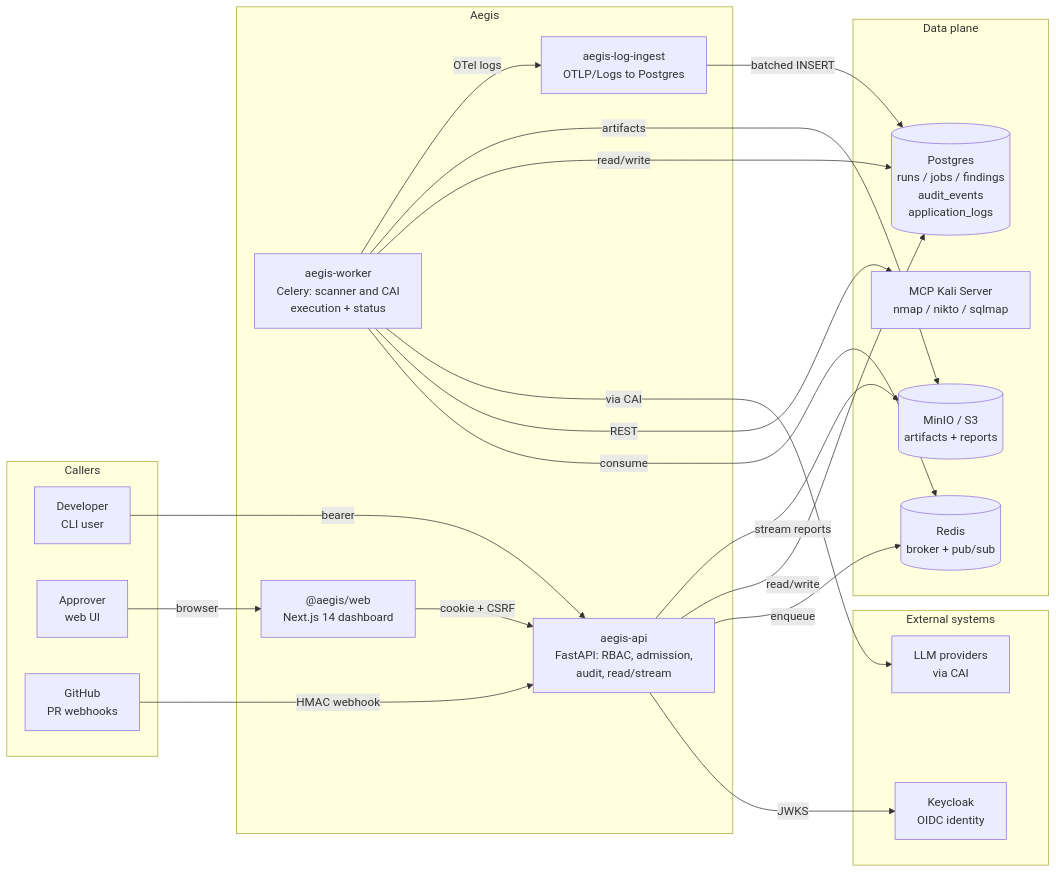
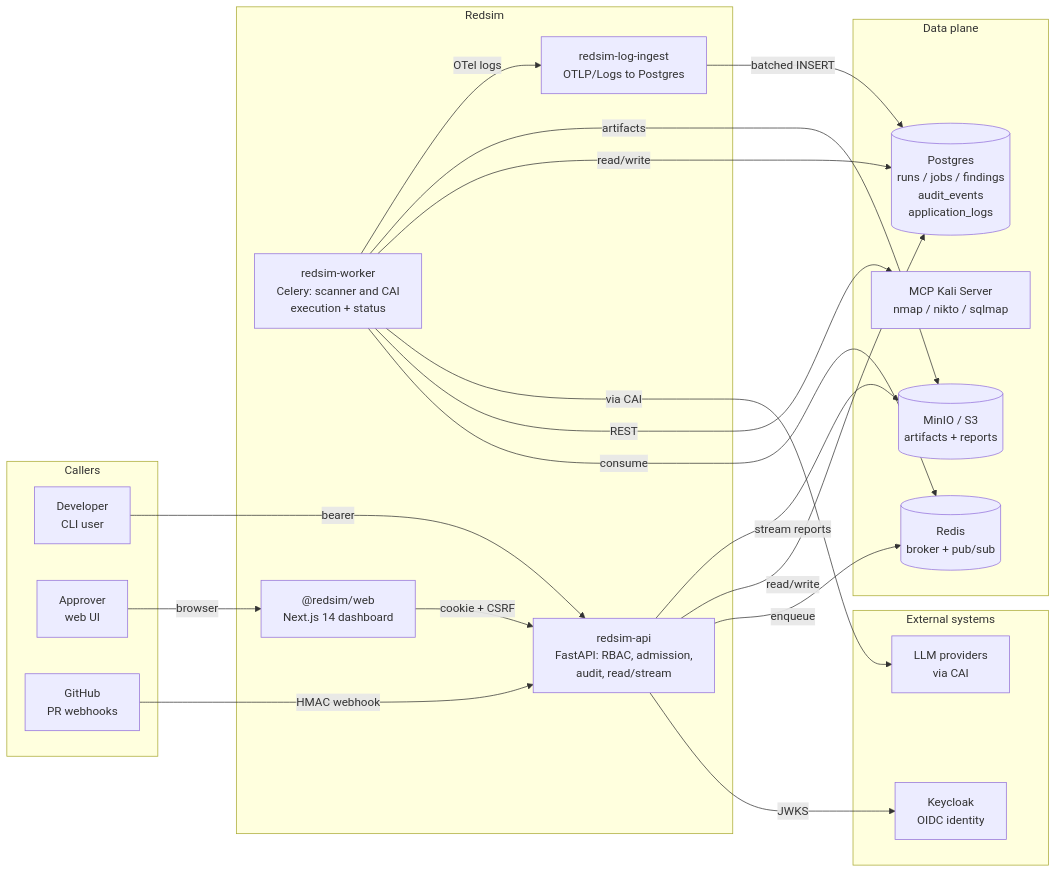
One commit to IntelliBridge/ndia-red-team-simulator changed the first of 6 diagrams in docs/architecture/overview.md. Above: the diagram before and after it, drawn with Mermaid. The commit also changed other lines of this file and 27 other files, not shown here.

````diff
--- a/docs/architecture/overview.md
+++ b/docs/architecture/overview.md
@@ -16,43 +16,43 @@
 ```mermaid
 flowchart LR
   subgraph callers["Callers"]
     dev["Developer<br/>CLI user"]
     approver["Approver<br/>web UI"]
     gh["GitHub<br/>PR webhooks"]
   end
 
-  subgraph aegis["Aegis"]
-    api["aegis-api<br/>FastAPI: RBAC, admission,<br/>audit, read/stream"]
-    worker["aegis-worker<br/>Celery: scanner and CAI<br/>execution + status"]
-    web["@aegis/web<br/>Next.js 14 dashboard"]
-    li["aegis-log-ingest<br/>OTLP/Logs to Postgres"]
+  subgraph redsim["Redsim"]
+    api["redsim-api<br/>FastAPI: RBAC, admission,<br/>audit, read/stream"]
+    worker["redsim-worker<br/>Celery: scanner and CAI<br/>execution + status"]
+    web["@redsim/web<br/>Next.js 14 dashboard"]
+    li["redsim-log-ingest<br/>OTLP/Logs to Postgres"]
   end
 
   subgraph ext["External systems"]
     kc["Keycloak<br/>OIDC identity"]
     llm["LLM providers<br/>via CAI"]
   end
 
   subgraph data["Data plane"]
     pg[("Postgres<br/>runs / jobs / findings<br/>audit_events<br/>application_logs")]
     s3[("MinIO / S3<br/>artifacts + reports")]
     redis[("Redis<br/>broker + pub/sub")]
     kali["MCP Kali Server<br/>nmap / nikto / sqlmap"]
   end
 
   dev -- "bearer" --> api
   approver -- "browser" --> web
   web -- "cookie + CSRF" --> api
   gh -- "HMAC webhook" --> api
   api -- "JWKS" --> kc
   api -- "enqueue" --> redis
   worker -- "consume" --> redis
   worker -- "REST" --> kali
   worker -- "via CAI" --> llm
   api -- "read/write" --> pg
   worker -- "read/write" --> pg
   worker -- "artifacts" --> s3
   api -- "stream reports" --> s3
   worker -- "OTel logs" --> li
   li -- "batched INSERT" --> pg
 ```
````
